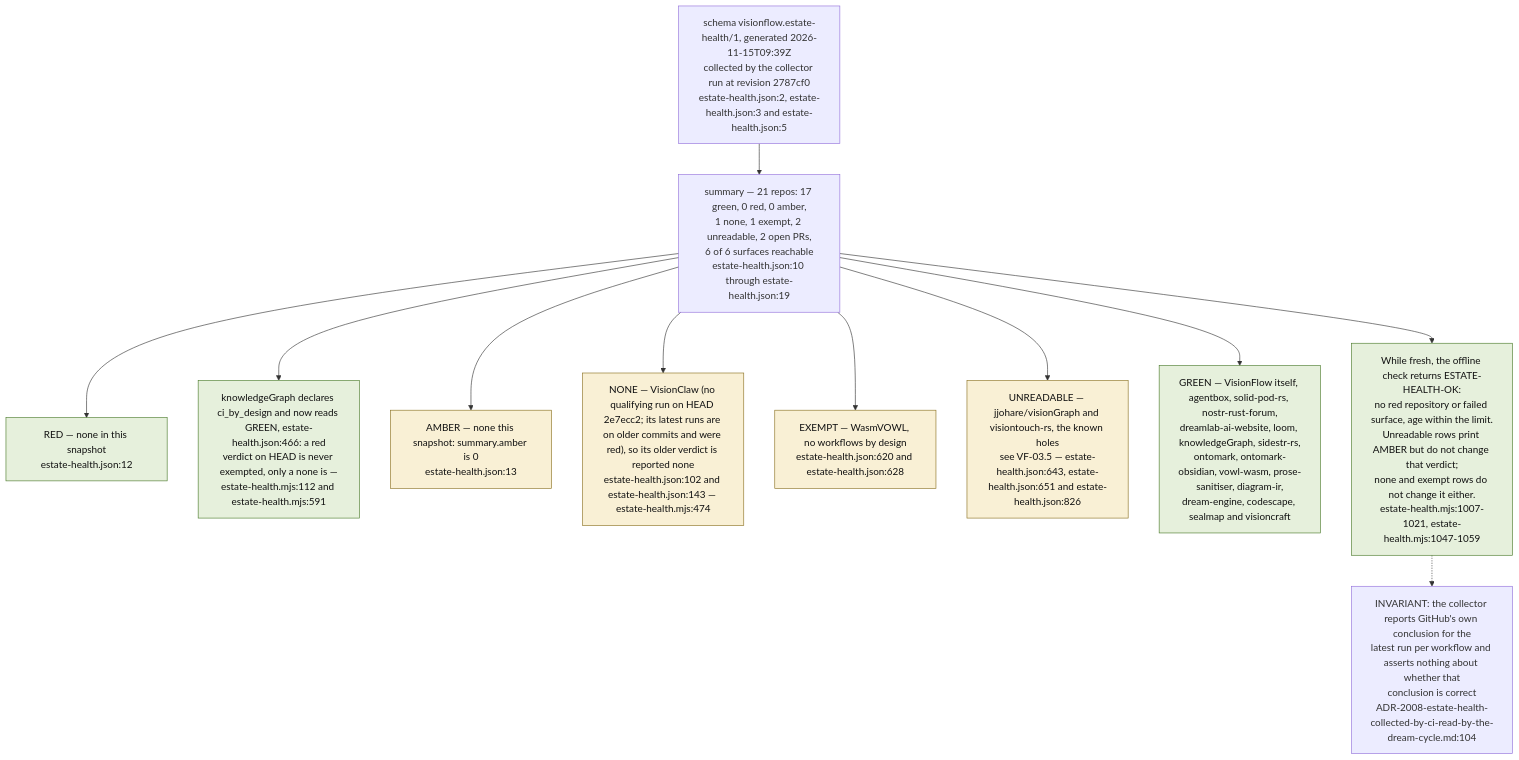
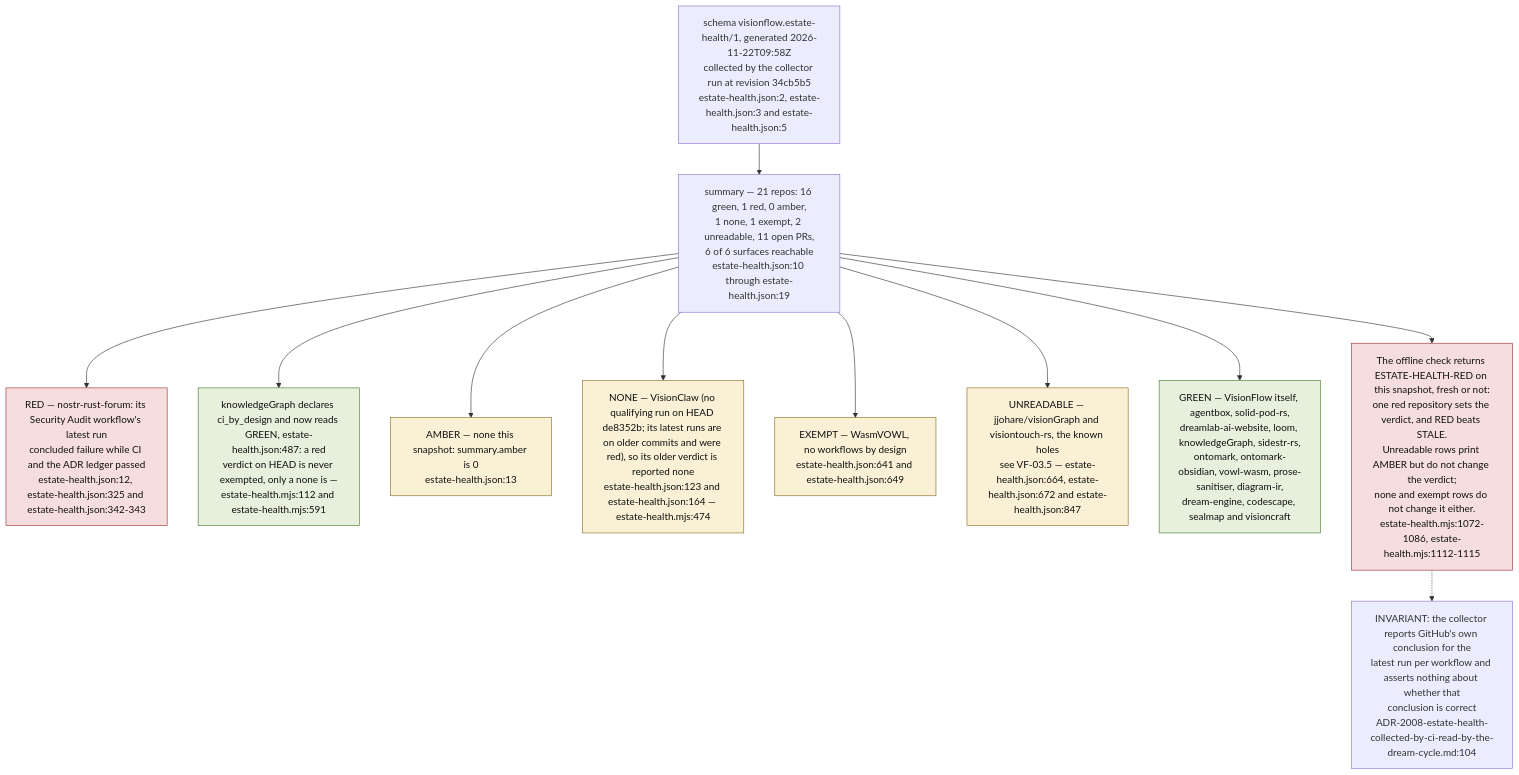
The ninth of 9 diagrams in docs/diagrams/visionflow/03-estate-health.md (DreamLab-AI/VisionFlow), drawn with Mermaid before and after one commit. The commit also changed other lines of this file and 7 other files, not shown here.

````diff
--- a/docs/diagrams/visionflow/03-estate-health.md
+++ b/docs/diagrams/visionflow/03-estate-health.md
@@ -290,24 +290,24 @@
 ```mermaid
 flowchart TB
     classDef red fill:#f7dede,stroke:#a33333,color:#111
     classDef green fill:#e6f0dc,stroke:#4a7a2a,color:#111
     classDef amb fill:#f9f0d5,stroke:#8a7020,color:#111
 
-    SNAP["schema visionflow.estate-health/1, generated 2026-11-15T09:39Z<br/>collected by the collector run at revision 2787cf0<br/>estate-health.json:2, estate-health.json:3 and estate-health.json:5"]
+    SNAP["schema visionflow.estate-health/1, generated 2026-11-22T09:58Z<br/>collected by the collector run at revision 34cb5b5<br/>estate-health.json:2, estate-health.json:3 and estate-health.json:5"]
 
-    SNAP --> SUM["summary — 21 repos: 17 green, 0 red, 0 amber,<br/>1 none, 1 exempt, 2 unreadable, 2 open PRs,<br/>6 of 6 surfaces reachable<br/>estate-health.json:10 through estate-health.json:19"]
+    SNAP --> SUM["summary — 21 repos: 16 green, 1 red, 0 amber,<br/>1 none, 1 exempt, 2 unreadable, 11 open PRs,<br/>6 of 6 surfaces reachable<br/>estate-health.json:10 through estate-health.json:19"]
 
-    SUM --> R4["RED — none in this snapshot<br/>estate-health.json:12"]:::green
-    SUM --> KG["knowledgeGraph declares ci_by_design and now reads GREEN, estate-health.json:466: a red<br/>verdict on HEAD is never exempted, only a none is —<br/>estate-health.mjs:112 and estate-health.mjs:591"]:::green
+    SUM --> R4["RED — nostr-rust-forum: its Security Audit workflow's latest run<br/>concluded failure while CI and the ADR ledger passed<br/>estate-health.json:12, estate-health.json:325 and estate-health.json:342-343"]:::red
+    SUM --> KG["knowledgeGraph declares ci_by_design and now reads GREEN, estate-health.json:487: a red<br/>verdict on HEAD is never exempted, only a none is —<br/>estate-health.mjs:112 and estate-health.mjs:591"]:::green
     SUM --> A1["AMBER — none this snapshot: summary.amber is 0<br/>estate-health.json:13"]:::amb
-    SUM --> N1["NONE — VisionClaw (no qualifying run on HEAD 2e7ecc2; its latest runs are on older commits and were red), so its older verdict is reported none<br/>estate-health.json:102 and estate-health.json:143 — estate-health.mjs:474"]:::amb
-    SUM --> E2["EXEMPT — WasmVOWL, no workflows by design<br/>estate-health.json:620 and estate-health.json:628"]:::amb
-    SUM --> U1["UNREADABLE — jjohare/visionGraph and visiontouch-rs, the known holes<br/>see VF-03.5 — estate-health.json:643, estate-health.json:651 and estate-health.json:826"]:::amb
-    SUM --> G1["GREEN — VisionFlow itself, agentbox, solid-pod-rs, nostr-rust-forum,<br/>dreamlab-ai-website, loom, knowledgeGraph, sidestr-rs,<br/>ontomark, ontomark-obsidian, vowl-wasm, prose-sanitiser, diagram-ir,<br/>dream-engine, codescape, sealmap and visioncraft"]:::green
+    SUM --> N1["NONE — VisionClaw (no qualifying run on HEAD de8352b; its latest runs are on older commits and were red), so its older verdict is reported none<br/>estate-health.json:123 and estate-health.json:164 — estate-health.mjs:474"]:::amb
+    SUM --> E2["EXEMPT — WasmVOWL, no workflows by design<br/>estate-health.json:641 and estate-health.json:649"]:::amb
+    SUM --> U1["UNREADABLE — jjohare/visionGraph and visiontouch-rs, the known holes<br/>see VF-03.5 — estate-health.json:664, estate-health.json:672 and estate-health.json:847"]:::amb
+    SUM --> G1["GREEN — VisionFlow itself, agentbox, solid-pod-rs,<br/>dreamlab-ai-website, loom, knowledgeGraph, sidestr-rs,<br/>ontomark, ontomark-obsidian, vowl-wasm, prose-sanitiser, diagram-ir,<br/>dream-engine, codescape, sealmap and visioncraft"]:::green
 
-    VERD["While fresh, the offline check returns ESTATE-HEALTH-OK:<br/>no red repository or failed surface, age within the limit.<br/>Unreadable rows print AMBER but do not change that verdict;<br/>none and exempt rows do not change it either.<br/>estate-health.mjs:1007-1021, estate-health.mjs:1047-1059"]:::green
+    VERD["The offline check returns ESTATE-HEALTH-RED on this snapshot, fresh or not:<br/>one red repository sets the verdict, and RED beats STALE.<br/>Unreadable rows print AMBER but do not change the verdict;<br/>none and exempt rows do not change it either.<br/>estate-health.mjs:1072-1086, estate-health.mjs:1112-1115"]:::red
     SUM --> VERD
 
     INV["INVARIANT: the collector reports GitHub's own conclusion for the<br/>latest run per workflow and asserts nothing about whether that<br/>conclusion is correct<br/>ADR-2008-estate-health-collected-by-ci-read-by-the-dream-cycle.md:104"]
     VERD -.-> INV
 ```
````
